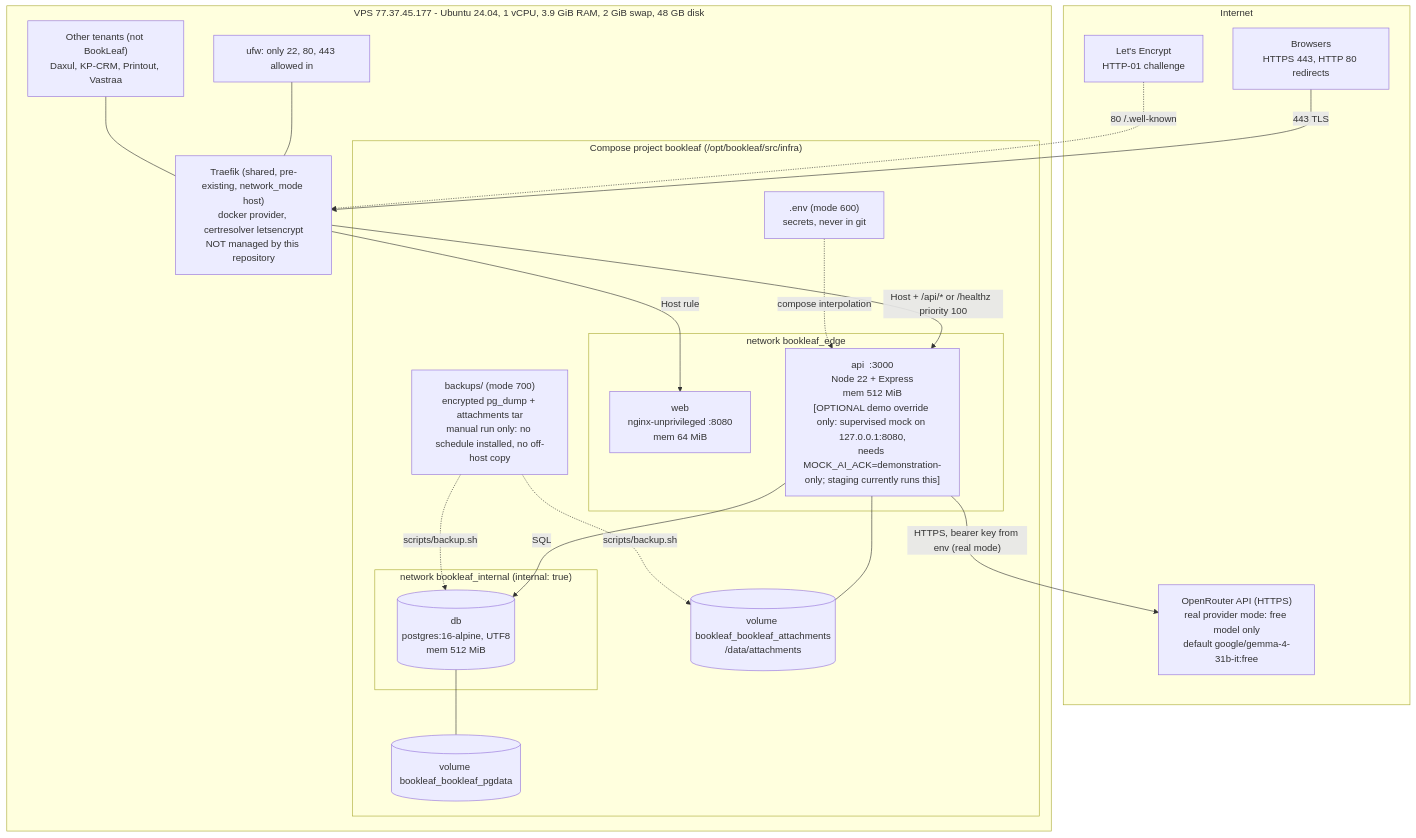
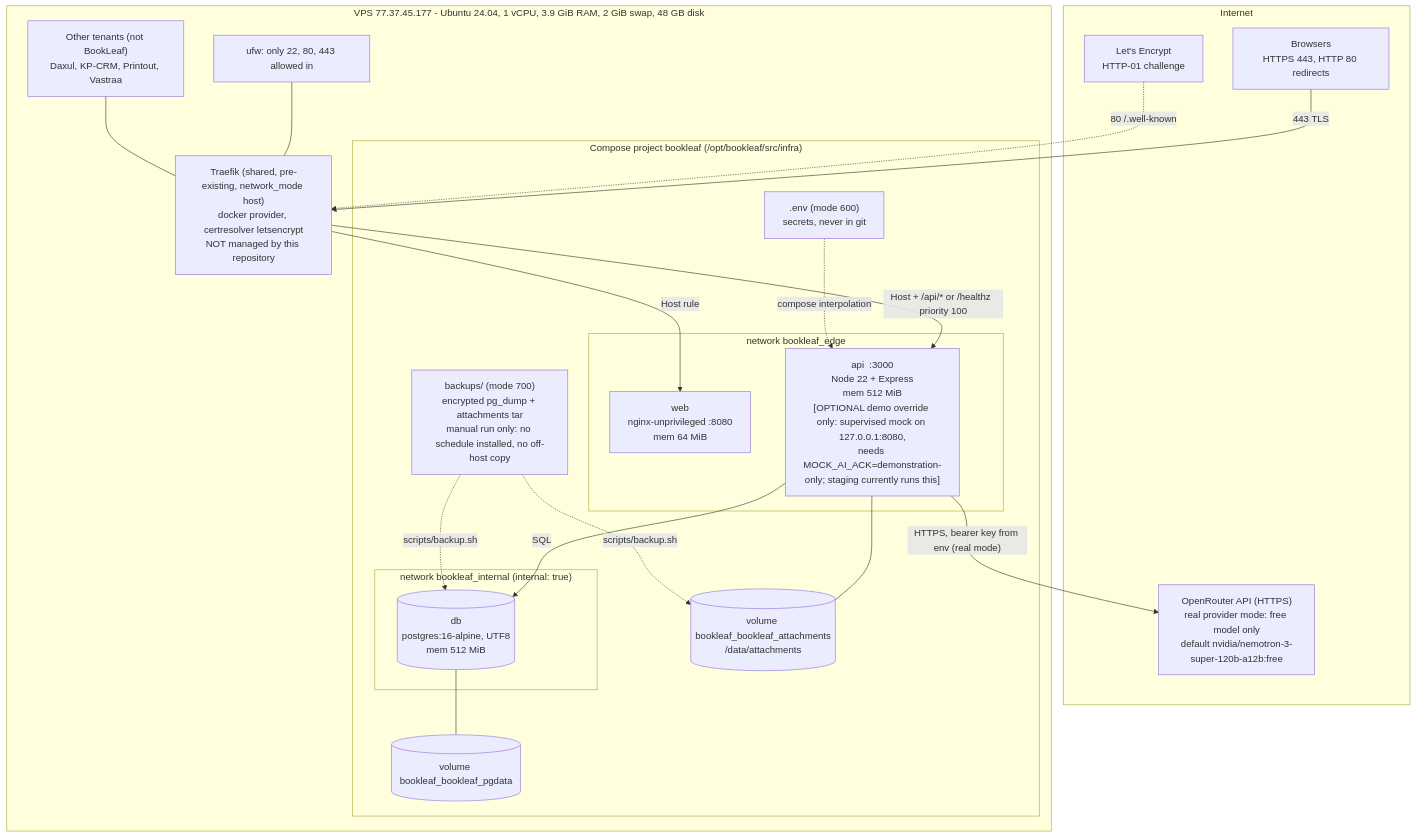
Before and after one commit to singhdaksh7/book-leaf__assignment-1: the diagram in docs/architecture/diagrams/deployment-architecture.mmd, drawn with Mermaid. The commit also changed 17 other files, not shown here.

Commit message:
docs: real AI results, 48-hour decision, model config, deployment plan, SDD and PDF update

```diff
--- a/docs/architecture/diagrams/deployment-architecture.mmd
+++ b/docs/architecture/diagrams/deployment-architecture.mmd
@@ -1,41 +1,41 @@
 %% file: deployment-architecture.mmd
 flowchart TB
     subgraph NET["Internet"]
         BR["Browsers<br/>HTTPS 443, HTTP 80 redirects"]
         LE["Let's Encrypt<br/>HTTP-01 challenge"]
-        ORP["OpenRouter API (HTTPS)<br/>real provider mode: free model only<br/>default google/gemma-4-31b-it:free"]
+        ORP["OpenRouter API (HTTPS)<br/>real provider mode: free model only<br/>default nvidia/nemotron-3-super-120b-a12b:free"]
     end
 
     subgraph VPS["VPS 77.37.45.177 - Ubuntu 24.04, 1 vCPU, 3.9 GiB RAM, 2 GiB swap, 48 GB disk"]
         UFW["ufw: only 22, 80, 443 allowed in"]
         TR["Traefik (shared, pre-existing, network_mode host)<br/>docker provider, certresolver letsencrypt<br/>NOT managed by this repository"]
         OTHER["Other tenants (not BookLeaf)<br/>Daxul, KP-CRM, Printout, Vastraa"]
 
         subgraph PROJ["Compose project bookleaf  (/opt/bookleaf/src/infra)"]
             subgraph EDGE["network bookleaf_edge"]
                 WEB["web<br/>nginx-unprivileged :8080<br/>mem 64 MiB"]
                 API["api  :3000<br/>Node 22 + Express<br/>mem 512 MiB<br/>[OPTIONAL demo override only: supervised mock on 127.0.0.1:8080,<br/>needs MOCK_AI_ACK=demonstration-only; staging currently runs this]"]
             end
             subgraph INT["network bookleaf_internal (internal: true)"]
                 DB[("db<br/>postgres:16-alpine, UTF8<br/>mem 512 MiB")]
             end
             VPG[("volume bookleaf_bookleaf_pgdata")]
             VAT[("volume bookleaf_bookleaf_attachments<br/>/data/attachments")]
             ENV[".env (mode 600)<br/>secrets, never in git"]
             BK["backups/ (mode 700)<br/>encrypted pg_dump + attachments tar<br/>manual run only: no schedule installed, no off-host copy"]
         end
     end
 
     BR -- "443 TLS" --> TR
     LE -. "80 /.well-known" .-> TR
     TR -- "Host rule" --> WEB
     TR -- "Host + /api/* or /healthz  priority 100" --> API
     API -- "SQL" --> DB
     API -- "HTTPS, bearer key from env (real mode)" --> ORP
     DB --- VPG
     API --- VAT
     ENV -. "compose interpolation" .-> API
     BK -. "scripts/backup.sh" .-> DB
     BK -. "scripts/backup.sh" .-> VAT
     UFW --- TR
     OTHER --- TR
```
